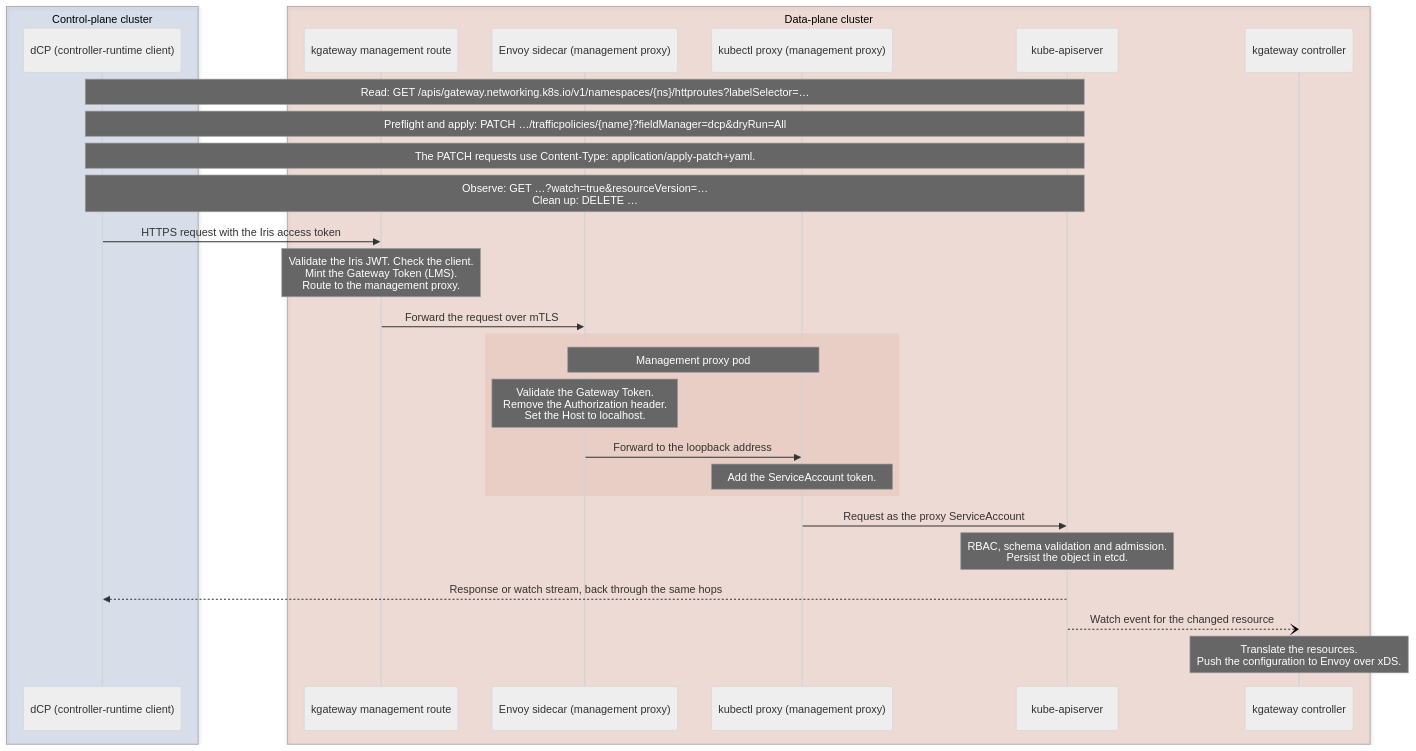
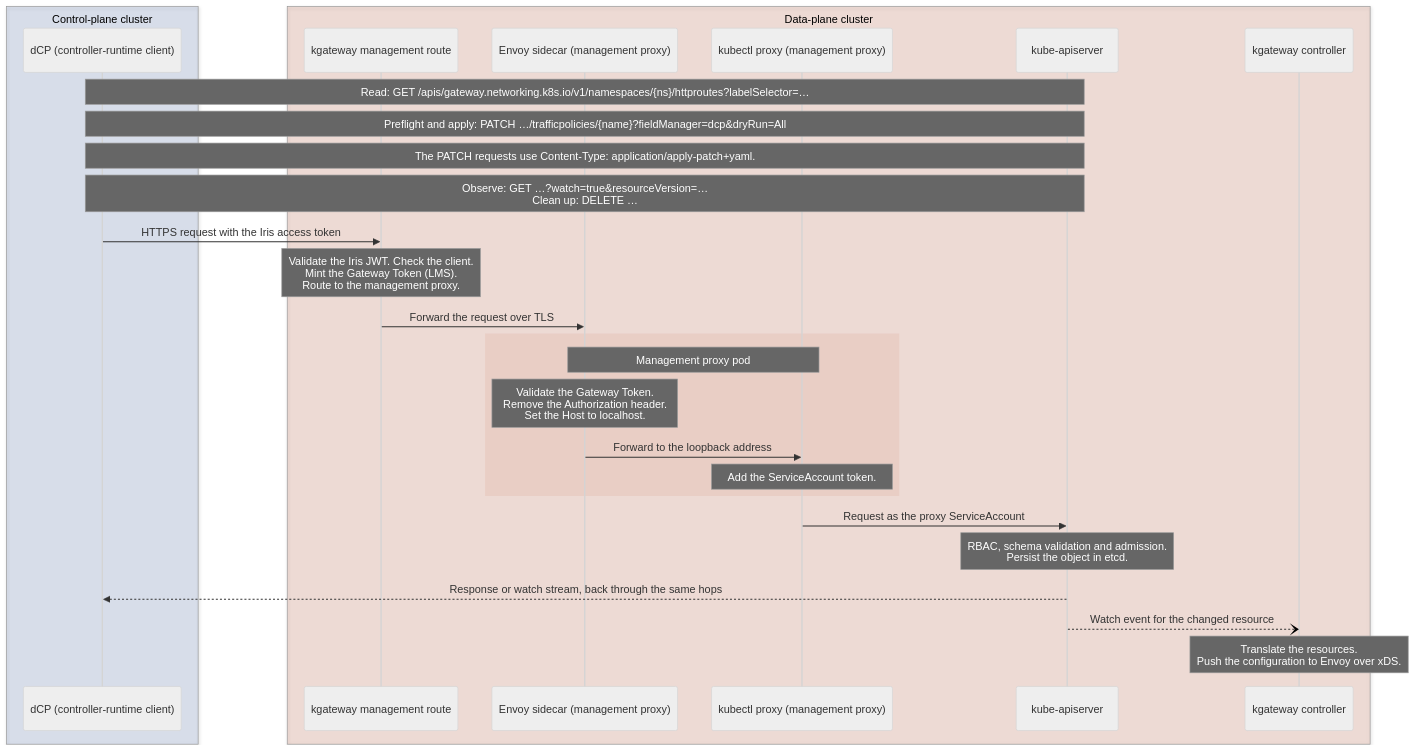
Before and after one commit to telekom/gateway: the diagram in docs/decisions/0005-reuse-an-existing-kubernetes-api-proxy.md, drawn with Mermaid (neutral theme). The commit also changed other lines of this file and 43 other files, not shown here.

````diff
--- a/docs/decisions/0005-reuse-an-existing-kubernetes-api-proxy.md
+++ b/docs/decisions/0005-reuse-an-existing-kubernetes-api-proxy.md
@@ -71,32 +71,32 @@
 ```mermaid
 sequenceDiagram
   box rgba(46,90,168,0.15) Control-plane cluster
     participant dcp as dCP (controller-runtime client)
   end
   box rgba(191,69,32,0.15) Data-plane cluster
     participant gw as kgateway management route
     participant sc as Envoy sidecar (management proxy)
     participant kp as kubectl proxy (management proxy)
     participant api as kube-apiserver
     participant ctl as kgateway controller
   end
 
   Note over dcp,api: Read: GET /apis/gateway.networking.k8s.io/v1/namespaces/{ns}/httproutes?labelSelector=…
   Note over dcp,api: Preflight and apply: PATCH …/trafficpolicies/{name}?fieldManager=dcp&dryRun=All
   Note over dcp,api: The PATCH requests use Content-Type: application/apply-patch+yaml.
   Note over dcp,api: Observe: GET …?watch=true&resourceVersion=…<br/>Clean up: DELETE …
   dcp->>gw: HTTPS request with the Iris access token
   Note over gw: Validate the Iris JWT. Check the client.<br/>Mint the Gateway Token (LMS).<br/>Route to the management proxy.
-  gw->>sc: Forward the request over mTLS
+  gw->>sc: Forward the request over TLS
   rect rgba(191,69,32,0.08)
     Note over sc,kp: Management proxy pod
     Note over sc: Validate the Gateway Token.<br/>Remove the Authorization header.<br/>Set the Host to localhost.
     sc->>kp: Forward to the loopback address
     Note over kp: Add the ServiceAccount token.
   end
   kp->>api: Request as the proxy ServiceAccount
   Note over api: RBAC, schema validation and admission.<br/>Persist the object in etcd.
   api-->>dcp: Response or watch stream, back through the same hops
   api--)ctl: Watch event for the changed resource
   Note over ctl: Translate the resources.<br/>Push the configuration to Envoy over xDS.
 ```
````
